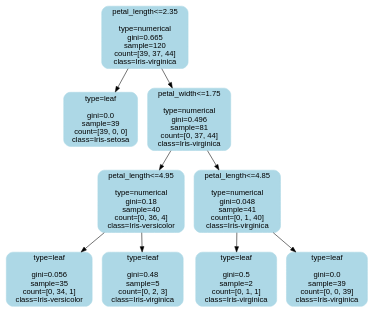
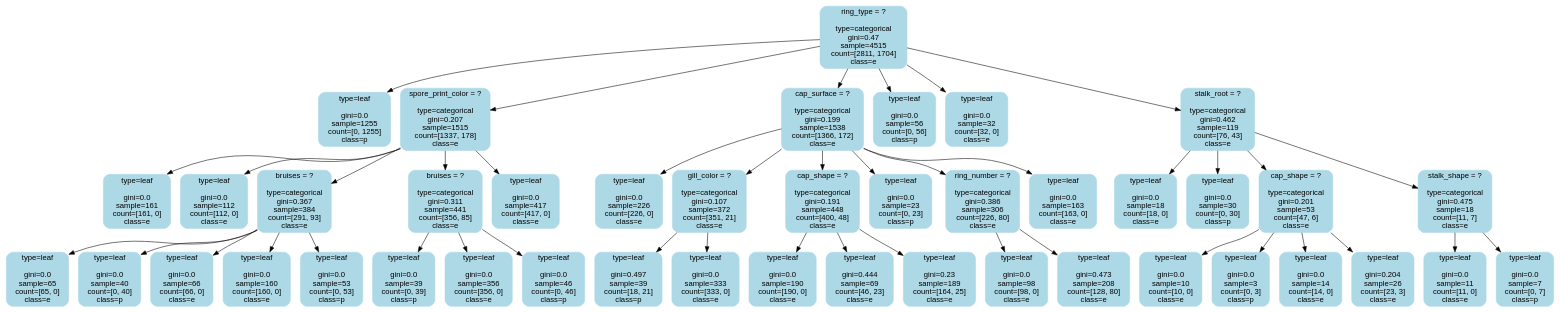
Before and after one commit to GianniMoretti/Foresta_a_caso: the diagram in Digraph.gv, drawn with Graphviz. The commit also changed 7 other files, not shown here.

```diff
--- a/Digraph.gv
+++ b/Digraph.gv
@@ -1,70 +1,315 @@
 // example
 digraph {
 	node [color=lightblue fontname=helvetica shape=box style="filled, rounded"]
-	1 [label="petal_length<=2.35
+	1 [label="ring_type = ?
 
-type=numerical
-gini=0.665
-sample=120
-count=[39, 37, 44]
-class=Iris-virginica"]
+type=categorical
+gini=0.47
+sample=4515
+count=[2811, 1704]
+class=e"]
 	2 [label="type=leaf
 
 gini=0.0
-sample=39
-count=[39, 0, 0]
-class=Iris-setosa"]
+sample=1255
+count=[0, 1255]
+class=p"]
 	1 -> 2
-	3 [label="petal_width<=1.75
+	3 [label="spore_print_color = ?
 
-type=numerical
-gini=0.496
-sample=81
-count=[0, 37, 44]
-class=Iris-virginica"]
-	4 [label="petal_length<=4.95
+type=categorical
+gini=0.207
+sample=1515
+count=[1337, 178]
+class=e"]
+	4 [label="type=leaf
 
-type=numerical
-gini=0.18
-sample=40
-count=[0, 36, 4]
-class=Iris-versicolor"]
+gini=0.0
+sample=161
+count=[161, 0]
+class=e"]
+	3 -> 4
 	5 [label="type=leaf
 
-gini=0.056
-sample=35
-count=[0, 34, 1]
-class=Iris-versicolor"]
-	4 -> 5
-	6 [label="type=leaf
+gini=0.0
+sample=112
+count=[112, 0]
+class=e"]
+	3 -> 5
+	6 [label="bruises = ?
 
-gini=0.48
-sample=5
-count=[0, 2, 3]
-class=Iris-virginica"]
-	4 -> 6
-	3 -> 4
-	7 [label="petal_length<=4.85
+type=categorical
+gini=0.367
+sample=384
+count=[291, 93]
+class=e"]
+	7 [label="type=leaf
 
-type=numerical
-gini=0.048
-sample=41
-count=[0, 1, 40]
-class=Iris-virginica"]
+gini=0.0
+sample=65
+count=[65, 0]
+class=e"]
+	6 -> 7
 	8 [label="type=leaf
 
-gini=0.5
-sample=2
-count=[0, 1, 1]
-class=Iris-virginica"]
-	7 -> 8
+gini=0.0
+sample=40
+count=[0, 40]
+class=p"]
+	6 -> 8
 	9 [label="type=leaf
 
 gini=0.0
+sample=66
+count=[66, 0]
+class=e"]
+	6 -> 9
+	10 [label="type=leaf
+
+gini=0.0
+sample=160
+count=[160, 0]
+class=e"]
+	6 -> 10
+	11 [label="type=leaf
+
+gini=0.0
+sample=53
+count=[0, 53]
+class=p"]
+	6 -> 11
+	3 -> 6
+	12 [label="bruises = ?
+
+type=categorical
+gini=0.311
+sample=441
+count=[356, 85]
+class=e"]
+	13 [label="type=leaf
+
+gini=0.0
 sample=39
-count=[0, 0, 39]
-class=Iris-virginica"]
-	7 -> 9
-	3 -> 7
+count=[0, 39]
+class=p"]
+	12 -> 13
+	14 [label="type=leaf
+
+gini=0.0
+sample=356
+count=[356, 0]
+class=e"]
+	12 -> 14
+	15 [label="type=leaf
+
+gini=0.0
+sample=46
+count=[0, 46]
+class=p"]
+	12 -> 15
+	3 -> 12
+	16 [label="type=leaf
+
+gini=0.0
+sample=417
+count=[417, 0]
+class=e"]
+	3 -> 16
 	1 -> 3
+	17 [label="cap_surface = ?
+
+type=categorical
+gini=0.199
+sample=1538
+count=[1366, 172]
+class=e"]
+	18 [label="type=leaf
+
+gini=0.0
+sample=226
+count=[226, 0]
+class=e"]
+	17 -> 18
+	19 [label="gill_color = ?
+
+type=categorical
+gini=0.107
+sample=372
+count=[351, 21]
+class=e"]
+	20 [label="type=leaf
+
+gini=0.497
+sample=39
+count=[18, 21]
+class=p"]
+	19 -> 20
+	21 [label="type=leaf
+
+gini=0.0
+sample=333
+count=[333, 0]
+class=e"]
+	19 -> 21
+	17 -> 19
+	22 [label="cap_shape = ?
+
+type=categorical
+gini=0.191
+sample=448
+count=[400, 48]
+class=e"]
+	23 [label="type=leaf
+
+gini=0.0
+sample=190
+count=[190, 0]
+class=e"]
+	22 -> 23
+	24 [label="type=leaf
+
+gini=0.444
+sample=69
+count=[46, 23]
+class=e"]
+	22 -> 24
+	25 [label="type=leaf
+
+gini=0.23
+sample=189
+count=[164, 25]
+class=e"]
+	22 -> 25
+	17 -> 22
+	26 [label="type=leaf
+
+gini=0.0
+sample=23
+count=[0, 23]
+class=p"]
+	17 -> 26
+	27 [label="ring_number = ?
+
+type=categorical
+gini=0.386
+sample=306
+count=[226, 80]
+class=e"]
+	28 [label="type=leaf
+
+gini=0.0
+sample=98
+count=[98, 0]
+class=e"]
+	27 -> 28
+	29 [label="type=leaf
+
+gini=0.473
+sample=208
+count=[128, 80]
+class=e"]
+	27 -> 29
+	17 -> 27
+	30 [label="type=leaf
+
+gini=0.0
+sample=163
+count=[163, 0]
+class=e"]
+	17 -> 30
+	1 -> 17
+	31 [label="type=leaf
+
+gini=0.0
+sample=56
+count=[0, 56]
+class=p"]
+	1 -> 31
+	32 [label="type=leaf
+
+gini=0.0
+sample=32
+count=[32, 0]
+class=e"]
+	1 -> 32
+	33 [label="stalk_root = ?
+
+type=categorical
+gini=0.462
+sample=119
+count=[76, 43]
+class=e"]
+	34 [label="type=leaf
+
+gini=0.0
+sample=18
+count=[18, 0]
+class=e"]
+	33 -> 34
+	35 [label="type=leaf
+
+gini=0.0
+sample=30
+count=[0, 30]
+class=p"]
+	33 -> 35
+	36 [label="cap_shape = ?
+
+type=categorical
+gini=0.201
+sample=53
+count=[47, 6]
+class=e"]
+	37 [label="type=leaf
+
+gini=0.0
+sample=10
+count=[10, 0]
+class=e"]
+	36 -> 37
+	38 [label="type=leaf
+
+gini=0.0
+sample=3
+count=[0, 3]
+class=p"]
+	36 -> 38
+	39 [label="type=leaf
+
+gini=0.0
+sample=14
+count=[14, 0]
+class=e"]
+	36 -> 39
+	40 [label="type=leaf
+
+gini=0.204
+sample=26
+count=[23, 3]
+class=e"]
+	36 -> 40
+	33 -> 36
+	41 [label="stalk_shape = ?
+
+type=categorical
+gini=0.475
+sample=18
+count=[11, 7]
+class=e"]
+	42 [label="type=leaf
+
+gini=0.0
+sample=11
+count=[11, 0]
+class=e"]
+	41 -> 42
+	43 [label="type=leaf
+
+gini=0.0
+sample=7
+count=[0, 7]
+class=p"]
+	41 -> 43
+	33 -> 41
+	1 -> 33
 }
```
